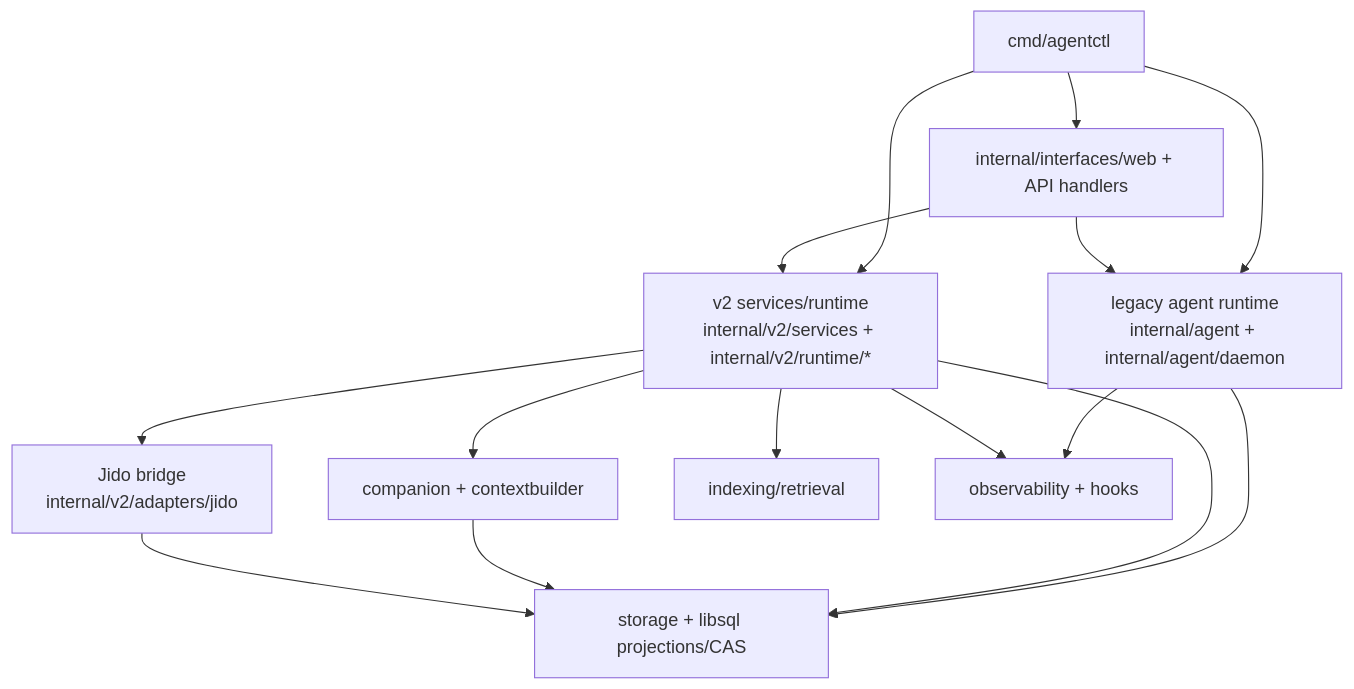
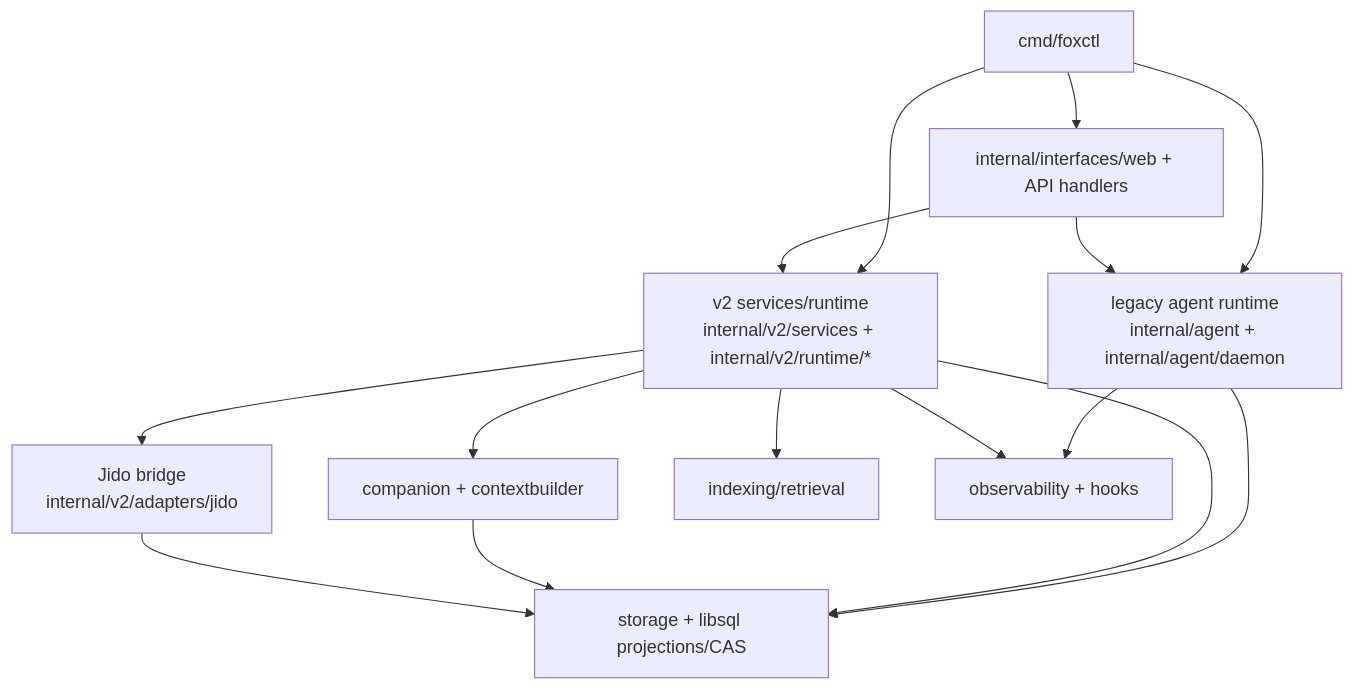
Before and after one commit to joshka0/foxctl: the diagram in docs/architecture/system-architecture.md, drawn with Mermaid. The commit also changed other lines of this file and 2567 other files, not shown here.

Commit message:
Rename agentctl to foxctl

````diff
--- a/docs/architecture/system-architecture.md
+++ b/docs/architecture/system-architecture.md
@@ -15,27 +15,27 @@
 ```mermaid
 flowchart TD
-    CLI[cmd/agentctl]
+    CLI[cmd/foxctl]
     Web[internal/interfaces/web + API handlers]
     Legacy[legacy agent runtime\ninternal/agent + internal/agent/daemon]
     V2[v2 services/runtime\ninternal/v2/services + internal/v2/runtime/*]
     Jido[Jido bridge\ninternal/v2/adapters/jido]
     Stores[storage + libsql projections/CAS]
     Context[companion + contextbuilder]
     Indexing[indexing/retrieval]
     Obs[observability + hooks]
 
     CLI --> Legacy
     CLI --> V2
     CLI --> Web
     Web --> V2
     Web --> Legacy
     Legacy --> Stores
     V2 --> Jido
     V2 --> Stores
     V2 --> Context
     Context --> Stores
     V2 --> Indexing
     Legacy --> Obs
     V2 --> Obs
     Jido --> Stores
 ```
````
